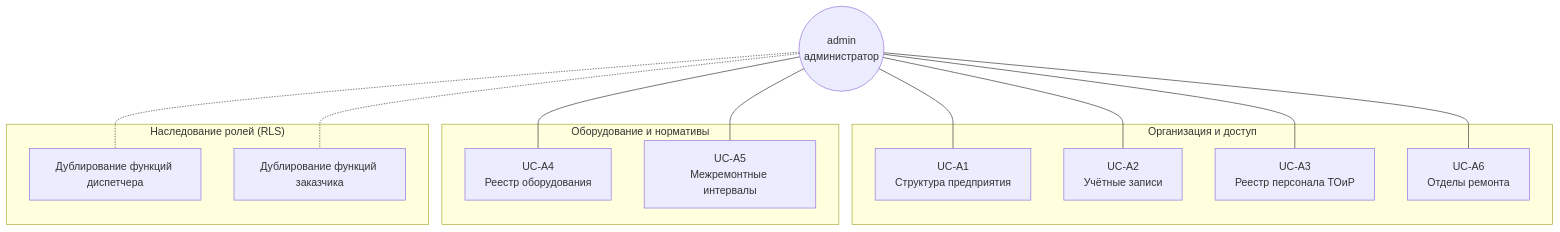
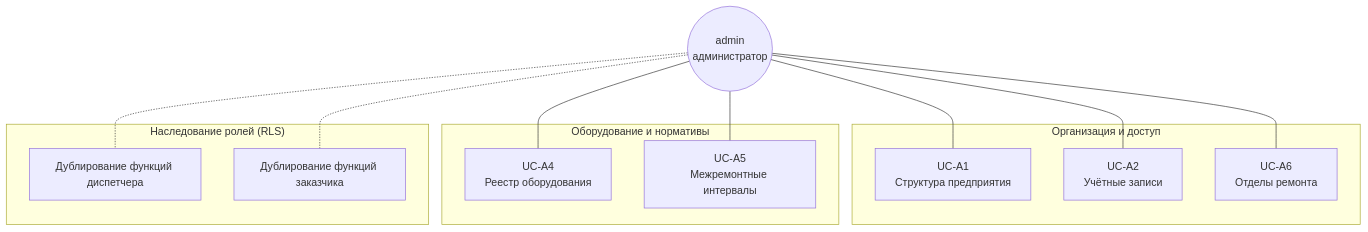
The fourth of 5 diagrams in docs/use-cases/overview.md (chiscake/baaz-cmms), drawn with Mermaid before and after one commit. The commit also changed other lines of this file and 5 other files, not shown here.

````diff
--- a/docs/use-cases/overview.md
+++ b/docs/use-cases/overview.md
@@ -333,30 +359,28 @@
 ```mermaid
 flowchart TB
     Admin(("admin<br/>администратор"))
 
     subgraph org["Организация и доступ"]
         UC-A1["UC-A1<br/>Структура предприятия"]
         UC-A2["UC-A2<br/>Учётные записи"]
-        UC-A3["UC-A3<br/>Реестр персонала ТОиР"]
-        UC-A6rd["UC-A6<br/>Отделы ремонта"]
+        UC-A6["UC-A6<br/>Отделы ремонта"]
     end
 
     subgraph assets["Оборудование и нормативы"]
         UC-A4["UC-A4<br/>Реестр оборудования"]
         UC-A5["UC-A5<br/>Межремонтные интервалы"]
     end
 
     subgraph inherit["Наследование ролей (RLS)"]
         UC-A8["Дублирование функций диспетчера"]
         UC-A9["Дублирование функций заказчика"]
     end
 
     Admin --- UC-A1
     Admin --- UC-A2
-    Admin --- UC-A3
-    Admin --- UC-A6rd
+    Admin --- UC-A6
     Admin --- UC-A4
     Admin --- UC-A5
     Admin -.- UC-A8
     Admin -.- UC-A9
 ```
````
